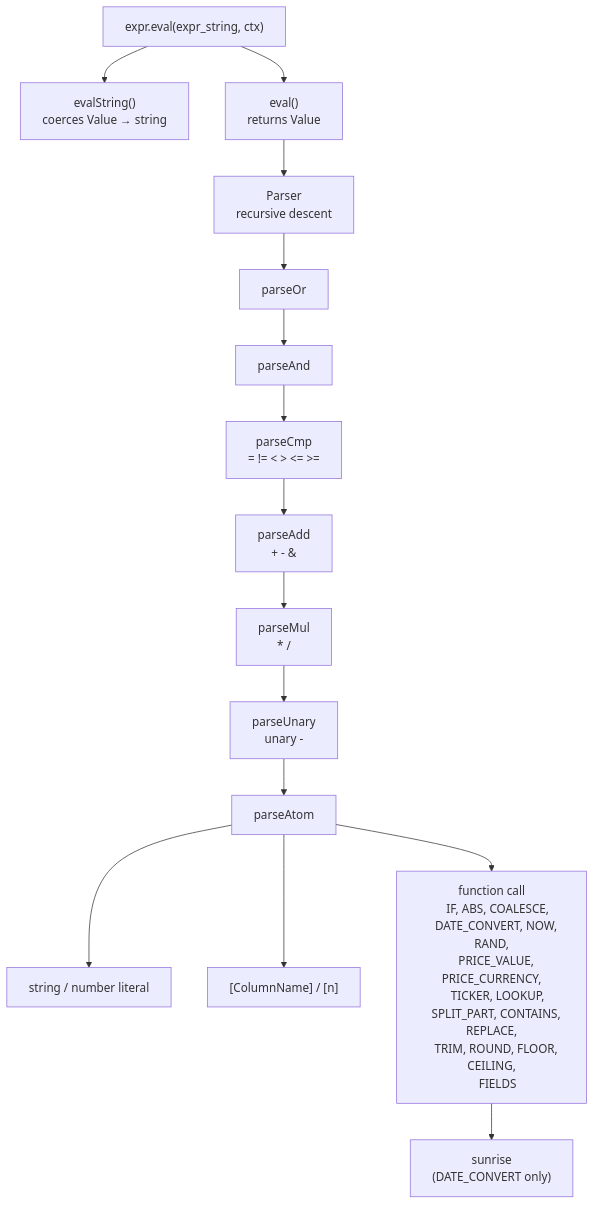
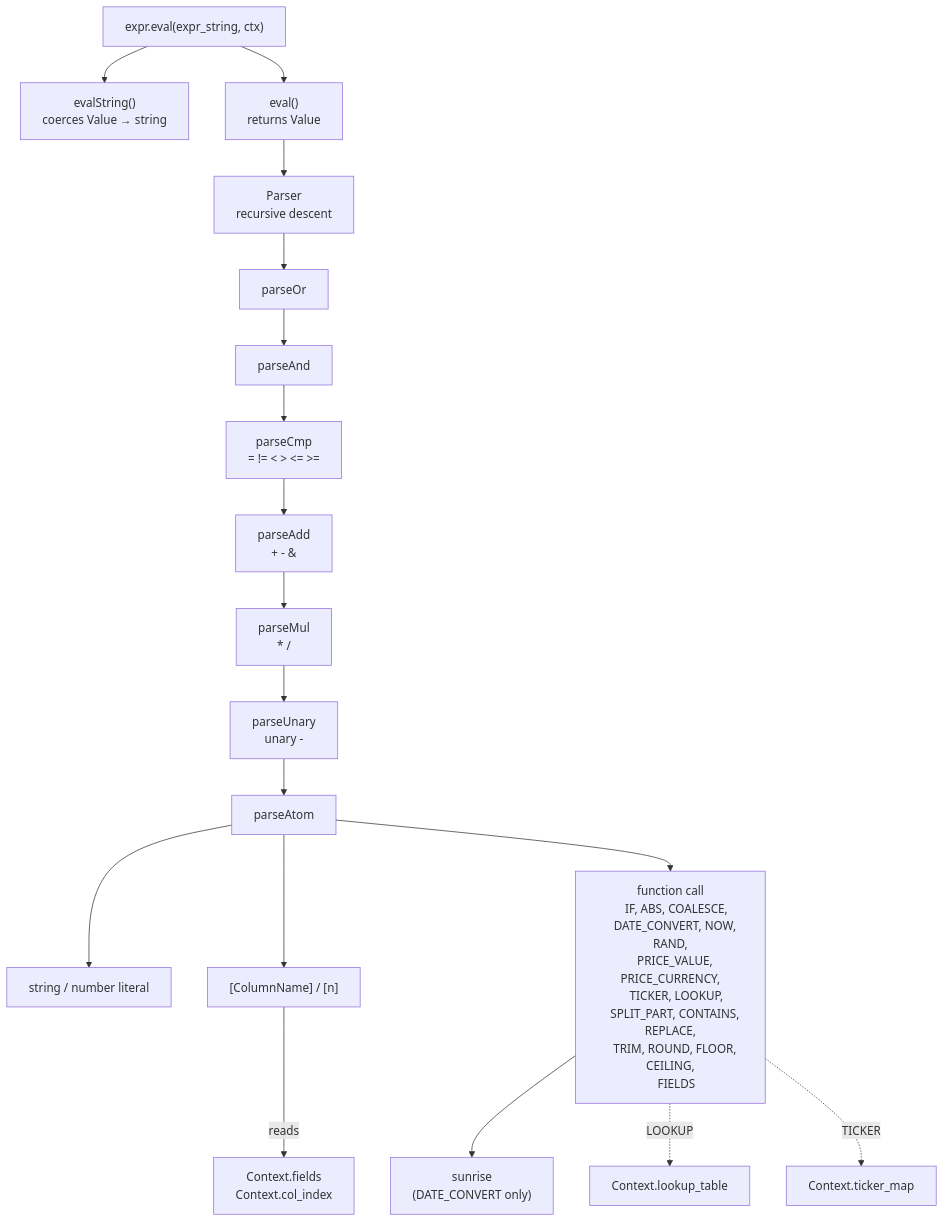
Before and after one commit to zaxified/bxp: the fifth of 15 diagrams in docs/architecture.md, drawn with Mermaid. The commit also changed other lines of this file and 4 other files, not shown here.

````diff
--- a/docs/architecture.md
+++ b/docs/architecture.md
@@ -236,33 +288,38 @@
 ```mermaid
 graph TD
     CALL["expr.eval(expr_string, ctx)"]
     CALL --> ES["evalString()
     coerces Value → string"]
     CALL --> EV["eval()
     returns Value"]
     EV --> PARSE["Parser
     recursive descent"]
     PARSE --> OR["parseOr"]
     OR --> AND["parseAnd"]
     AND --> CMP["parseCmp
     = != < > <= >="]
     CMP --> ADD["parseAdd
     + - &"]
     ADD --> MUL["parseMul
     * /"]
     MUL --> UNARY["parseUnary
     unary -"]
     UNARY --> ATOM["parseAtom"]
     ATOM --> LIT["string / number literal"]
     ATOM --> FIELD["[ColumnName] / [n]"]
     ATOM --> FUNC["function call
     IF, ABS, COALESCE,
     DATE_CONVERT, NOW, RAND,
     PRICE_VALUE, PRICE_CURRENCY,
     TICKER, LOOKUP,
     SPLIT_PART, CONTAINS, REPLACE,
     TRIM, ROUND, FLOOR, CEILING,
     FIELDS"]
     FUNC --> SUNRISE_CALL["sunrise
     (DATE_CONVERT only)"]
+
+    FIELD -->|reads| CTX_FIELDS["Context.fields
+    Context.col_index"]
+    FUNC -.LOOKUP.-> CTX_LT["Context.lookup_table"]
+    FUNC -.TICKER.-> CTX_TM["Context.ticker_map"]
 ```
````
